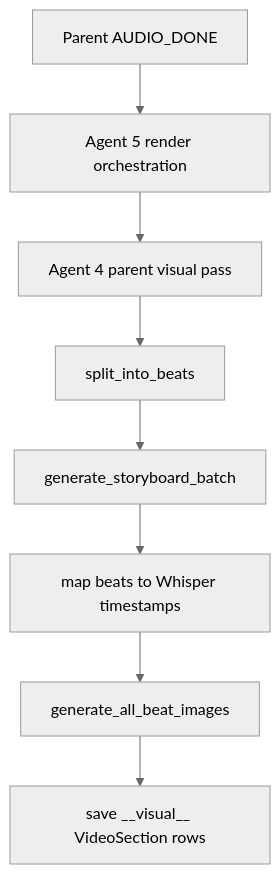
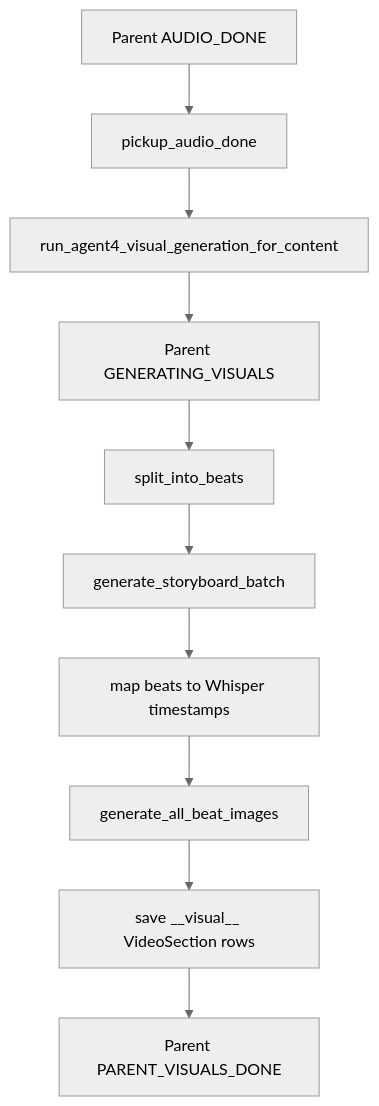
The fifth of 8 diagrams in CLAUDE.md (Hssingr/content-factory), drawn with Mermaid (neutral theme) before and after one commit. The commit also changed other lines of this file and 17 other files, not shown here.

Commit message:
stabilize architecture

````diff
--- a/CLAUDE.md
+++ b/CLAUDE.md
@@ -1017,10 +1152,12 @@
 ```mermaid
 flowchart TD
-    A[Parent AUDIO_DONE] --> B[Agent 5 render orchestration]
-    B --> C[Agent 4 parent visual pass]
-    C --> D[split_into_beats]
+    A[Parent AUDIO_DONE] --> B[pickup_audio_done]
+    B --> C[run_agent4_visual_generation_for_content]
+    C --> C2[Parent GENERATING_VISUALS]
+    C2 --> D[split_into_beats]
     D --> E[generate_storyboard_batch]
     E --> F[map beats to Whisper timestamps]
     F --> G[generate_all_beat_images]
     G --> H[save __visual__ VideoSection rows]
+    H --> I[Parent PARENT_VISUALS_DONE]
 ```
````
